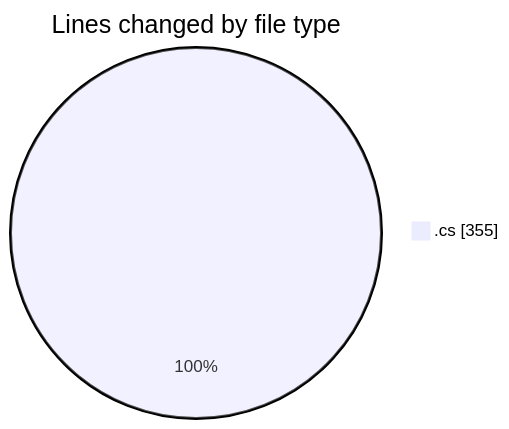
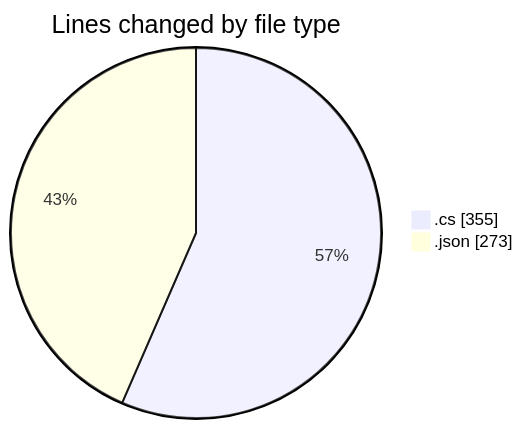
One commit to Netris89/code-tracking changed the first of 2 diagrams in 2025-04-27/back-end/README.md. Above: the diagram before and after it, drawn with Mermaid. The commit also changed other lines of this file and 1 other file, not shown here.

````diff
--- a/2025-04-27/back-end/README.md
+++ b/2025-04-27/back-end/README.md
@@ -21,5 +22,6 @@
 ```mermaid
 pie showData
 title Lines changed by file type
 ".cs" : 355
+".json" : 273
 ```
````
